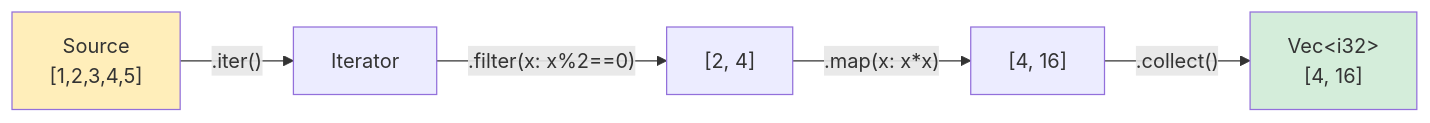
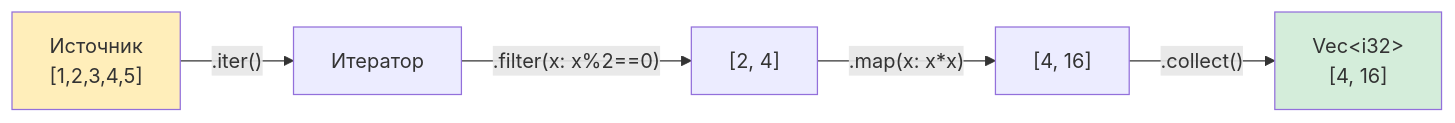
One commit to r007/RustTraining-Rus changed the diagram in python-book/src/ch12-closures-and-iterators.md. Above: the diagram before and after it, drawn with Mermaid. The commit also changed other lines of this file and 4 other files, not shown here.

````diff
--- a/python-book/src/ch12-closures-and-iterators.md
+++ b/python-book/src/ch12-closures-and-iterators.md
@@ -174,9 +173,9 @@
 ```mermaid
 flowchart LR
-    A["Source<br/>[1,2,3,4,5]"] -->|".iter()"| B["Iterator"]
+    A["Источник<br/>[1,2,3,4,5]"] -->|".iter()"| B["Итератор"]
     B -->|".filter(x: x%2==0)"| C["[2, 4]"]
     C -->|".map(x: x*x)"| D["[4, 16]"]
     D -->|".collect()"| E["Vec&lt;i32&gt;<br/>[4, 16]"]
     style A fill:#ffeeba
     style E fill:#d4edda
 ```
````
